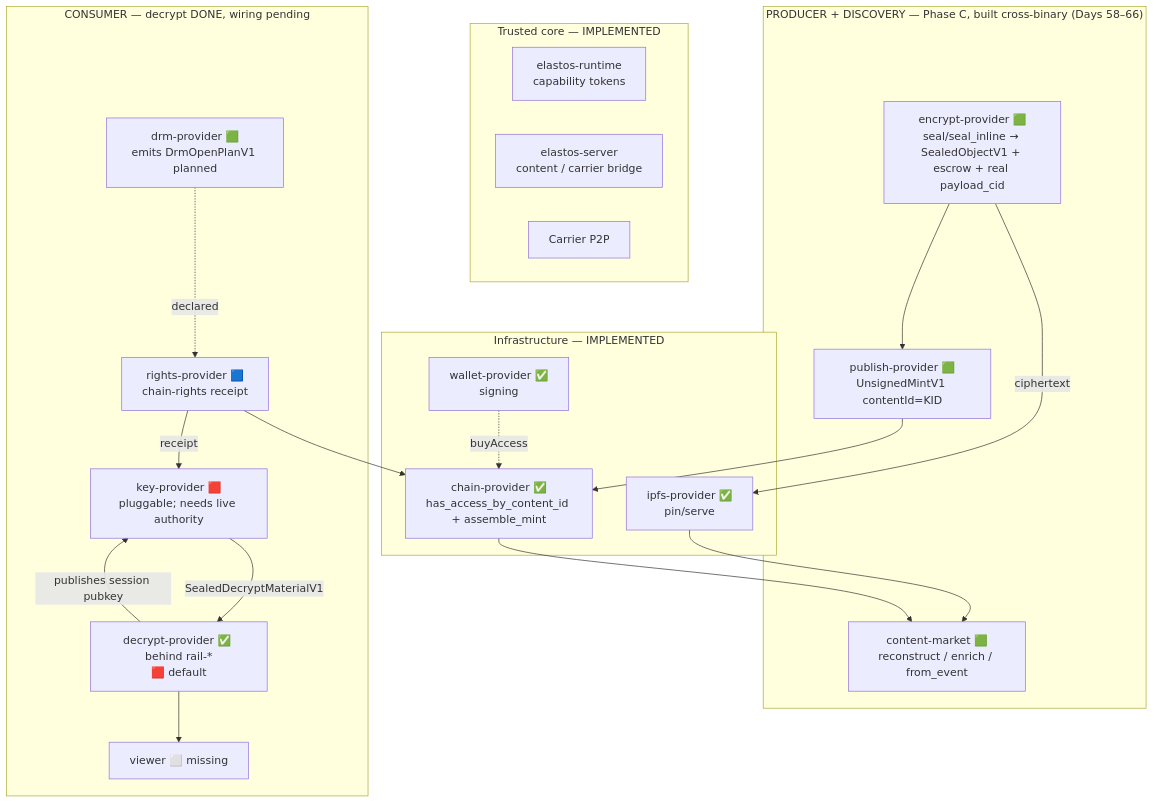
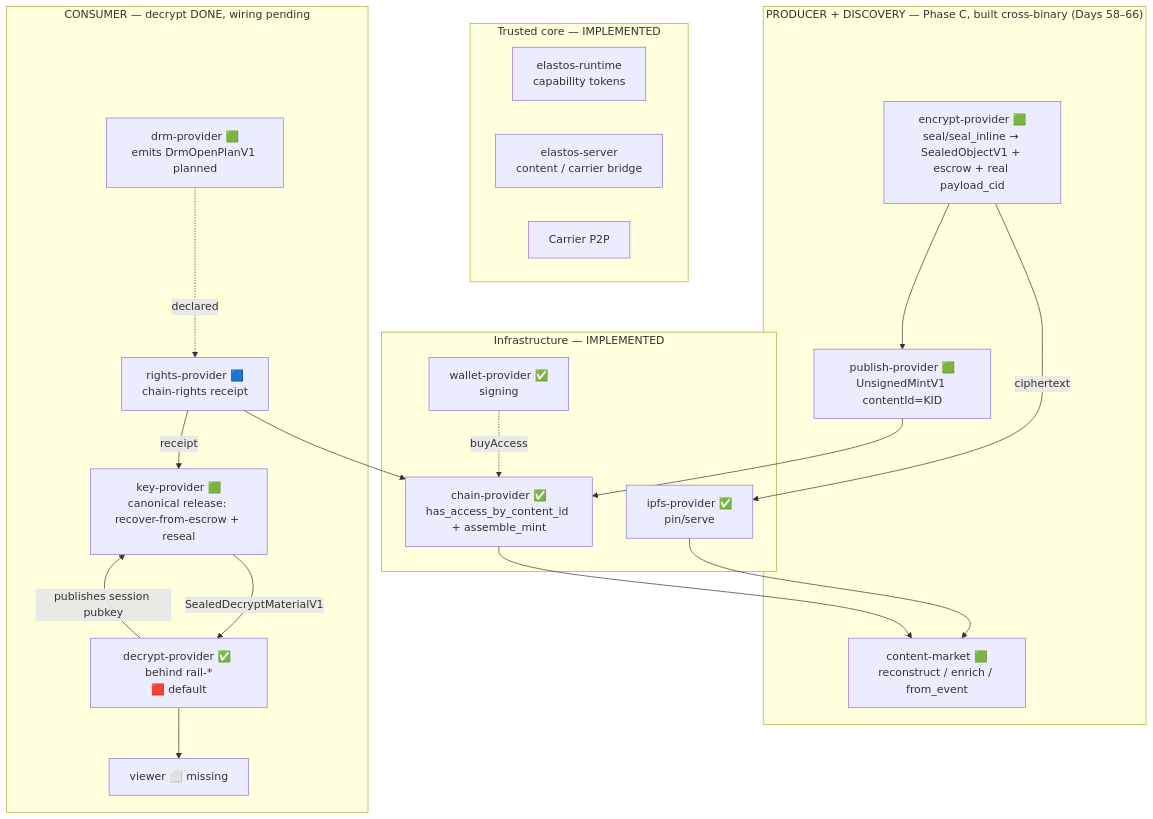
The first of 2 diagrams in docs/convergence/SYSTEM_ARCHITECTURE_MAP.md (Elacity/elastos-runtime), drawn with Mermaid before and after one commit. The commit also changed other lines of this file and 6 other files, not shown here.

````diff
--- a/docs/convergence/SYSTEM_ARCHITECTURE_MAP.md
+++ b/docs/convergence/SYSTEM_ARCHITECTURE_MAP.md
@@ -121,32 +121,32 @@
 ```mermaid
 flowchart TB
   subgraph core["Trusted core — IMPLEMENTED"]
     RT[elastos-runtime<br/>capability tokens]
     SRV[elastos-server<br/>content / carrier bridge]
     CAR[Carrier P2P]
   end
   subgraph infra["Infrastructure — IMPLEMENTED"]
     IPFS[ipfs-provider ✅<br/>pin/serve]
     CHN[chain-provider ✅<br/>has_access_by_content_id + assemble_mint]
     WLT[wallet-provider ✅<br/>signing]
   end
   subgraph prod["PRODUCER + DISCOVERY — Phase C, built cross-binary (Days 58–66)"]
     ENC[encrypt-provider 🟩<br/>seal/seal_inline → SealedObjectV1 + escrow + real payload_cid]
     PUBP[publish-provider 🟩<br/>UnsignedMintV1 contentId=KID]
     MKT[content-market 🟩<br/>reconstruct / enrich / from_event]
   end
   subgraph cons["CONSUMER — decrypt DONE, wiring pending"]
     DRM[drm-provider 🟩<br/>emits DrmOpenPlanV1 planned]
     RTS[rights-provider 🟦<br/>chain-rights receipt]
-    KEY[key-provider 🟥<br/>pluggable; needs live authority]
+    KEY[key-provider 🟩<br/>canonical release: recover-from-escrow + reseal]
     DEC[decrypt-provider ✅ behind rail-*<br/>🟥 default]
     VIEW[viewer ⬜ missing]
   end
   ENC --> PUBP --> CHN
   ENC -->|ciphertext| IPFS --> MKT
   CHN --> MKT
   WLT -. buyAccess .-> CHN
   DRM -. declared .-> RTS --> CHN
   RTS -->|receipt| KEY -->|SealedDecryptMaterialV1| DEC --> VIEW
   DEC -->|publishes session pubkey| KEY
 ```
````
